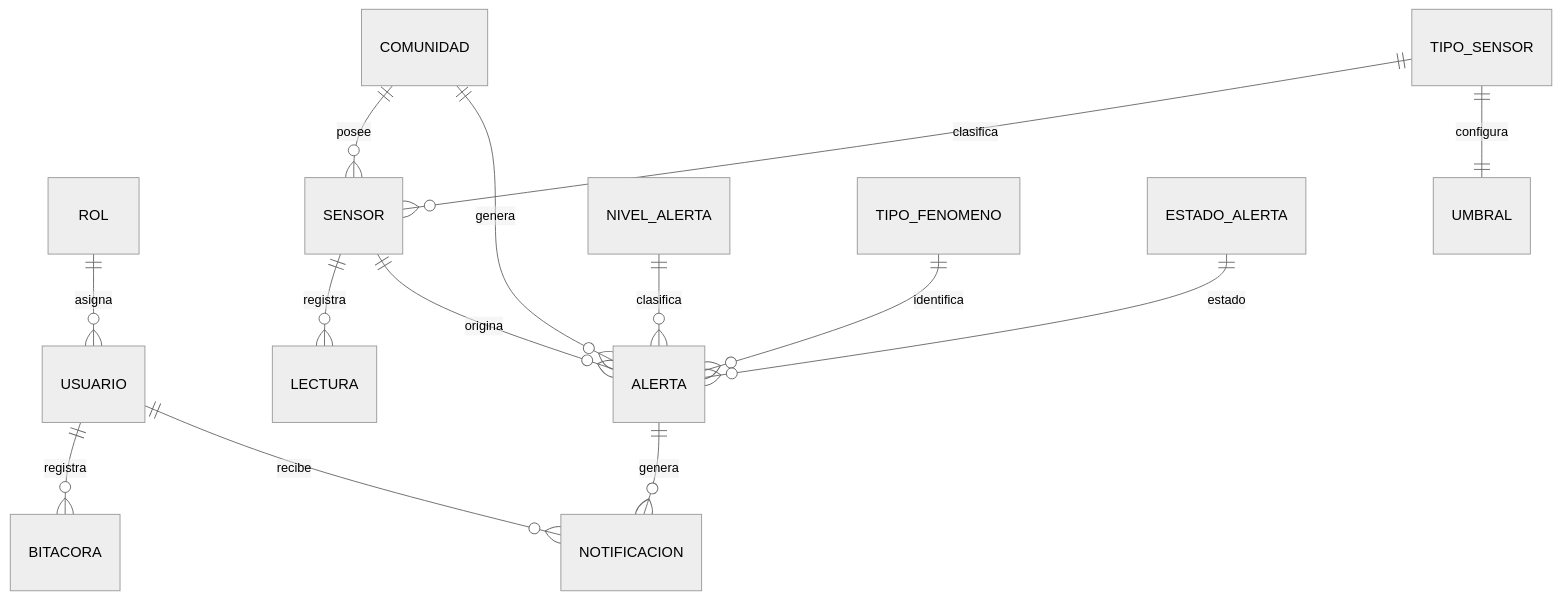
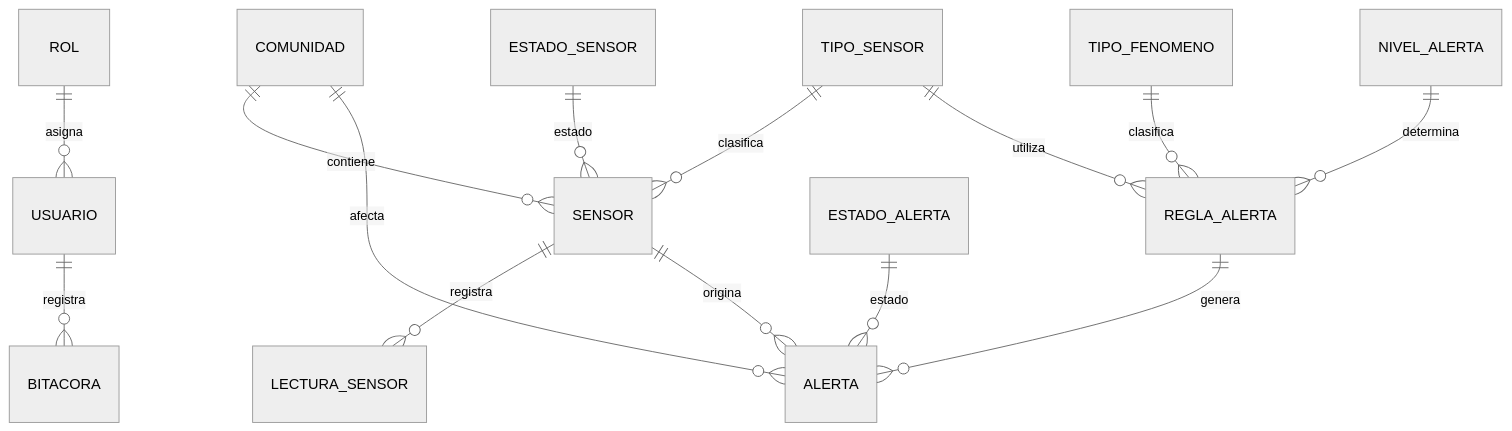
The diagram in docs/DOC-11 Diagrama Entidad-Relación.md (acifuinaMar/ClimGuard), drawn with Mermaid (neutral theme) before and after one commit. The commit also changed other lines of this file and 7 other files, not shown here.

````diff
--- a/docs/DOC-11 Diagrama Entidad-Relación.md
+++ b/docs/DOC-11 Diagrama Entidad-Relación.md
@@ -23,29 +25,29 @@
 ```mermaid
 erDiagram
 
 ROL ||--o{ USUARIO : asigna
 
-COMUNIDAD ||--o{ SENSOR : posee
+COMUNIDAD ||--o{ SENSOR : contiene
 
 TIPO_SENSOR ||--o{ SENSOR : clasifica
 
-TIPO_SENSOR ||--|| UMBRAL : configura
+ESTADO_SENSOR ||--o{ SENSOR : estado
 
-SENSOR ||--o{ LECTURA : registra
-
-COMUNIDAD ||--o{ ALERTA : genera
+SENSOR ||--o{ LECTURA_SENSOR : registra
 
 SENSOR ||--o{ ALERTA : origina
 
-NIVEL_ALERTA ||--o{ ALERTA : clasifica
+COMUNIDAD ||--o{ ALERTA : afecta
 
-TIPO_FENOMENO ||--o{ ALERTA : identifica
+TIPO_SENSOR ||--o{ REGLA_ALERTA : utiliza
+
+TIPO_FENOMENO ||--o{ REGLA_ALERTA : clasifica
+
+NIVEL_ALERTA ||--o{ REGLA_ALERTA : determina
+
+REGLA_ALERTA ||--o{ ALERTA : genera
 
 ESTADO_ALERTA ||--o{ ALERTA : estado
 
 USUARIO ||--o{ BITACORA : registra
-
-USUARIO ||--o{ NOTIFICACION : recibe
-
-ALERTA ||--o{ NOTIFICACION : genera
 ```
````
